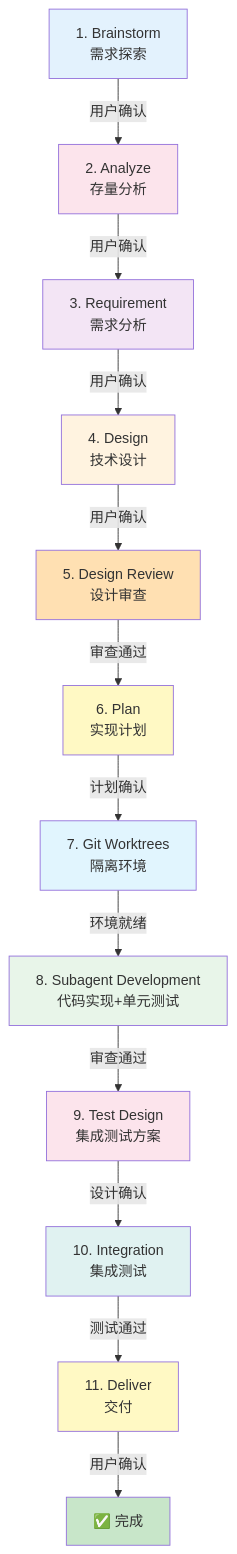
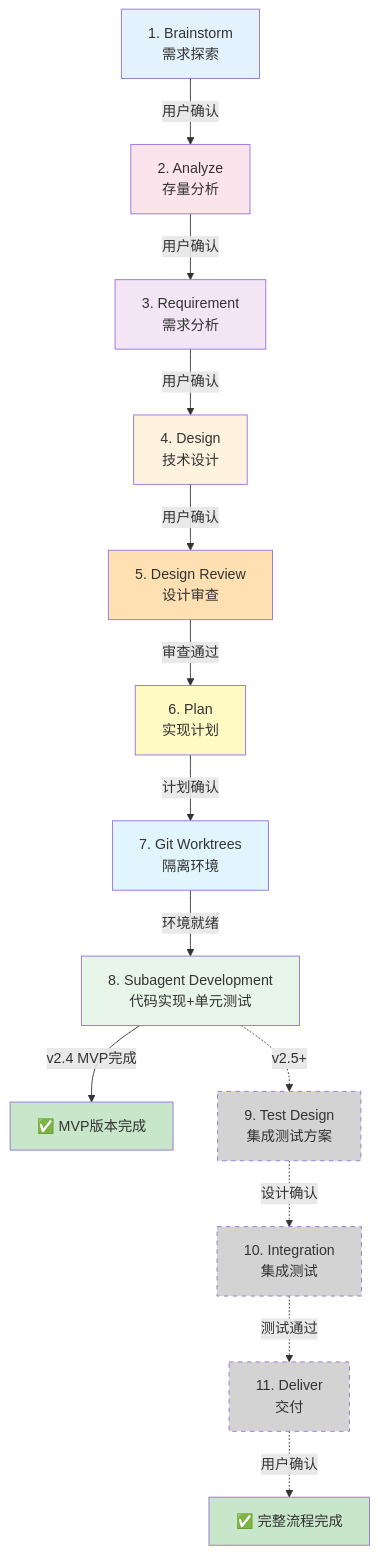
Before and after one commit to ymm512/Cadence-skills: the first of 6 diagrams in .claude/designs/2026-02-25_技术方案_使用Claude_Code_Skills的AI自动化开发方案_v2.4.md, drawn with Mermaid. The commit also changed other lines of this file, not shown here.

````diff
--- a/.claude/designs/2026-02-25_技术方案_使用Claude_Code_Skills的AI自动化开发方案_v2.4.md
+++ b/.claude/designs/2026-02-25_技术方案_使用Claude_Code_Skills的AI自动化开发方案_v2.4.md
@@ -75,27 +77,30 @@
 ```mermaid
 graph TB
     A[1. Brainstorm<br/>需求探索] -->|用户确认| B[2. Analyze<br/>存量分析]
     B -->|用户确认| C[3. Requirement<br/>需求分析]
     C -->|用户确认| D[4. Design<br/>技术设计]
     D -->|用户确认| E[5. Design Review<br/>设计审查]
     E -->|审查通过| F[6. Plan<br/>实现计划]
     F -->|计划确认| G[7. Git Worktrees<br/>隔离环境]
     G -->|环境就绪| H[8. Subagent Development<br/>代码实现+单元测试]
-    H -->|审查通过| I[9. Test Design<br/>集成测试方案]
-    I -->|设计确认| J[10. Integration<br/>集成测试]
-    J -->|测试通过| K[11. Deliver<br/>交付]
-    K -->|用户确认| L[✅ 完成]
+    H -->|v2.4 MVP完成| I1[✅ MVP版本完成]
+
+    H -.->|v2.5+| I[9. Test Design<br/>集成测试方案]
+    I -.->|设计确认| J[10. Integration<br/>集成测试]
+    J -.->|测试通过| K[11. Deliver<br/>交付]
+    K -.->|用户确认| L[✅ 完整流程完成]
 
     style A fill:#e3f2fd
     style B fill:#fce4ec
     style C fill:#f3e5f5
     style D fill:#fff3e0
     style E fill:#ffe0b2
     style F fill:#fff9c4
     style G fill:#e1f5fe
     style H fill:#e8f5e9
-    style I fill:#fce4ec
-    style J fill:#e0f2f1
-    style K fill:#fff9c4
+    style I fill:#d3d3d3,stroke-dasharray: 5 5
+    style J fill:#d3d3d3,stroke-dasharray: 5 5
+    style K fill:#d3d3d3,stroke-dasharray: 5 5
+    style I1 fill:#c8e6c9
     style L fill:#c8e6c9
 ```
````
